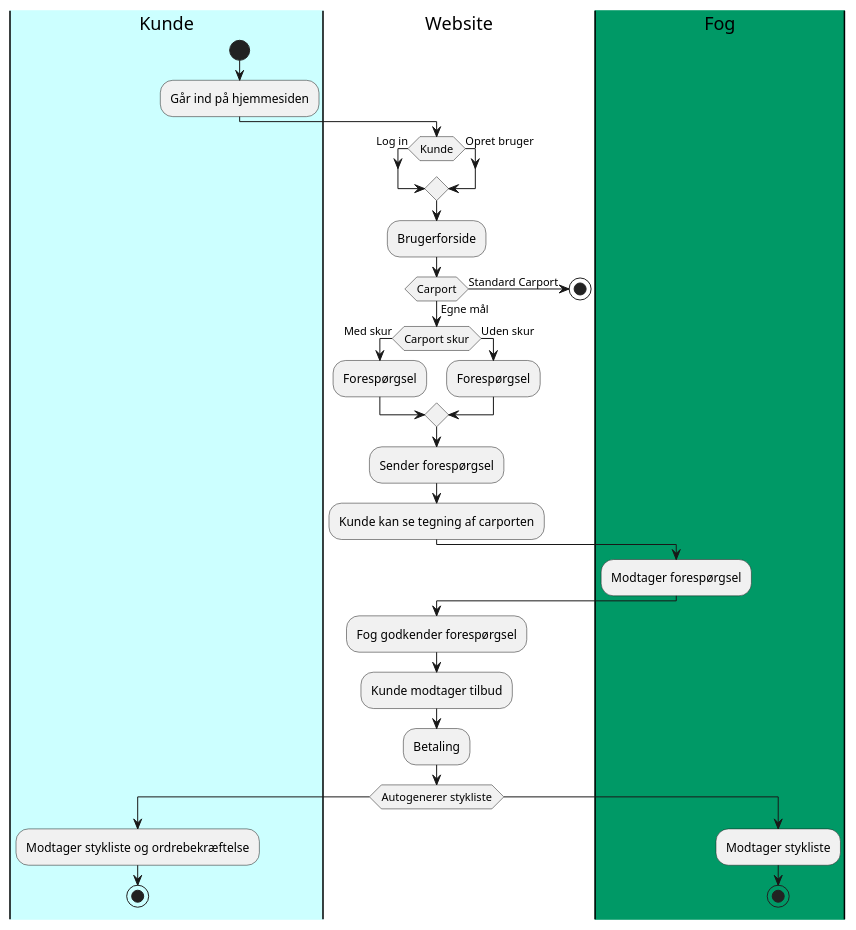
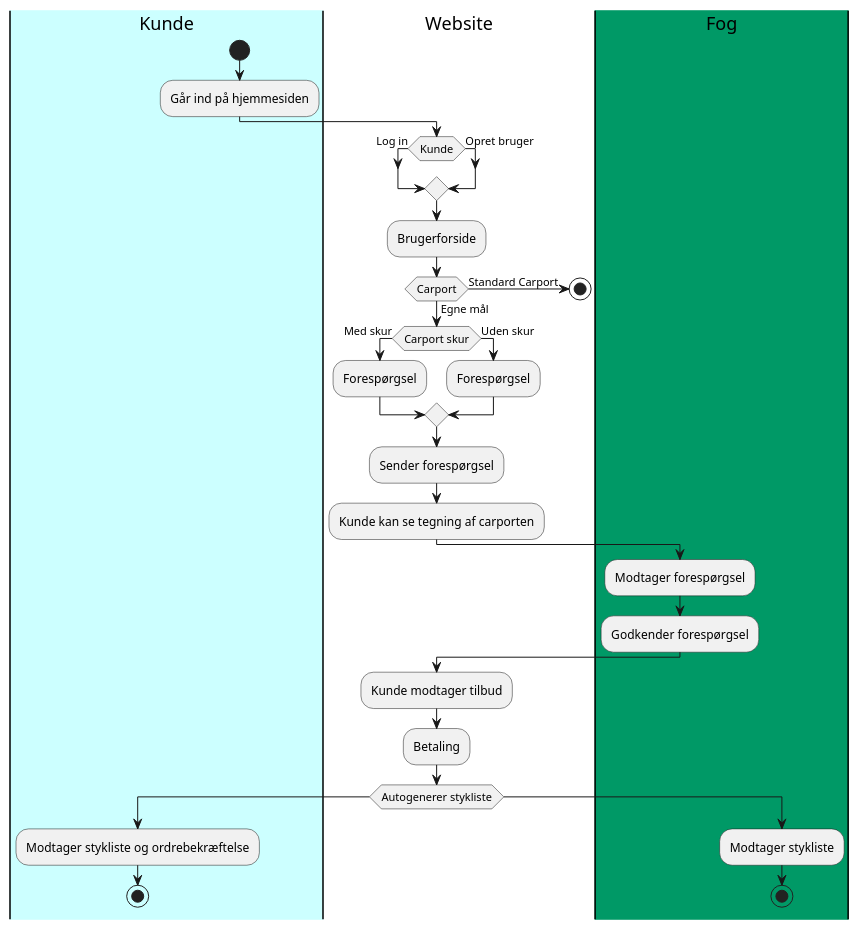
One commit to coerth/carport changed the diagram in src/diagrammer/Is-now.puml. Above: the diagram before and after it, drawn with PlantUML.

Commit message:
ændringer på is-now aktivitetsdiagram

```diff
--- a/src/diagrammer/Is-now.puml
+++ b/src/diagrammer/Is-now.puml
@@ -1,41 +1,40 @@
 @startuml
 |#CCFFFF|Kunde|
 start
 :Går ind på hjemmesiden;
 |Website|
 if(Kunde) then (Log in)
 else(Opret bruger)
 endif
 :Brugerforside;
 if (Carport) then (Egne mål)
   if (Carport skur) then (Med skur)
     :Forespørgsel;
   else (Uden skur)
     :Forespørgsel;
   endif
 else (Standard Carport)
 stop
 endif
 |#009966|Fog|
 |Fog|
 |Website|
 :Sender forespørgsel;
 :Kunde kan se tegning af carporten;
 |Kunde|
 |Fog|
 :Modtager forespørgsel;
-|Website|
-:Fog godkender forespørgsel;
+:Godkender forespørgsel;
 |Website|
 :Kunde modtager tilbud;
 :Betaling;
 |Website|
 if (Autogenerer stykliste) then
 |Kunde|
   :Modtager stykliste og ordrebekræftelse;
   stop
 else
 |Fog|
   :Modtager stykliste;
 stop
 @enduml
```
